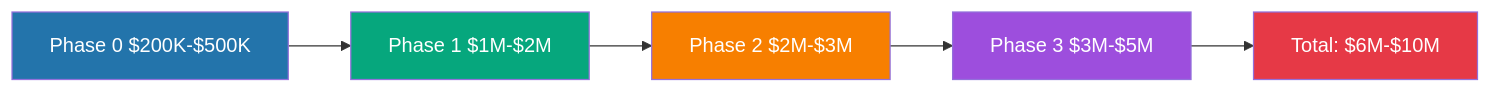
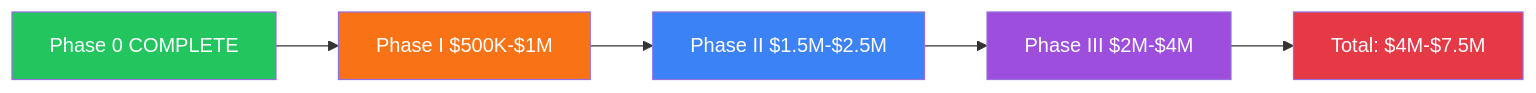
The second of 2 diagrams in website/docs/roadmap/overview.md (szemkoff/LAFRES), drawn with Mermaid before and after one commit. The commit also changed other lines of this file and 2 other files, not shown here.

````diff
--- a/website/docs/roadmap/overview.md
+++ b/website/docs/roadmap/overview.md
@@ -77,13 +96,13 @@
 ```mermaid
 graph LR
-    A[Phase 0 $200K-$500K] --> B[Phase 1 $1M-$2M]
-    B --> C[Phase 2 $2M-$3M]
-    C --> D[Phase 3 $3M-$5M]
-    D --> E[Total: $6M-$10M]
+    A["Phase 0 COMPLETE"] --> B["Phase I $500K-$1M"]
+    B --> C["Phase II $1.5M-$2.5M"]
+    C --> D["Phase III $2M-$4M"]
+    D --> E["Total: $4M-$7.5M"]
     
-    style A fill:#2374ab,color:#fff
-    style B fill:#06a77d,color:#fff
-    style C fill:#f77f00,color:#fff
+    style A fill:#22c55e,color:#fff
+    style B fill:#f97316,color:#fff
+    style C fill:#3b82f6,color:#fff
     style D fill:#9d4edd,color:#fff
     style E fill:#e63946,color:#fff
 ```
````
